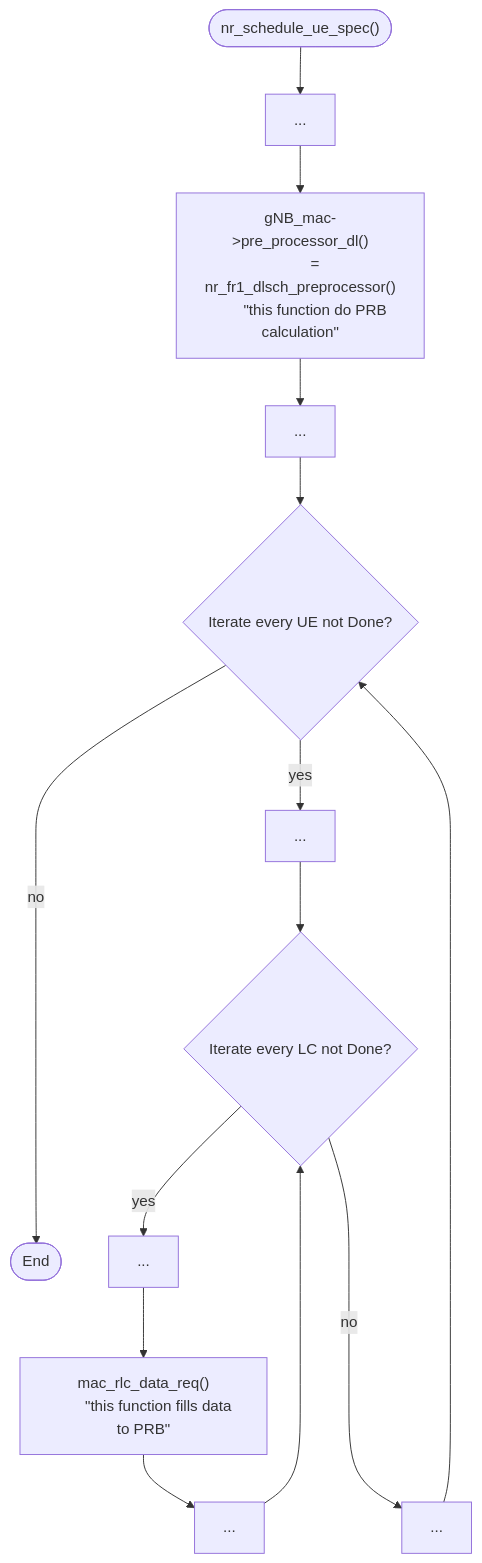
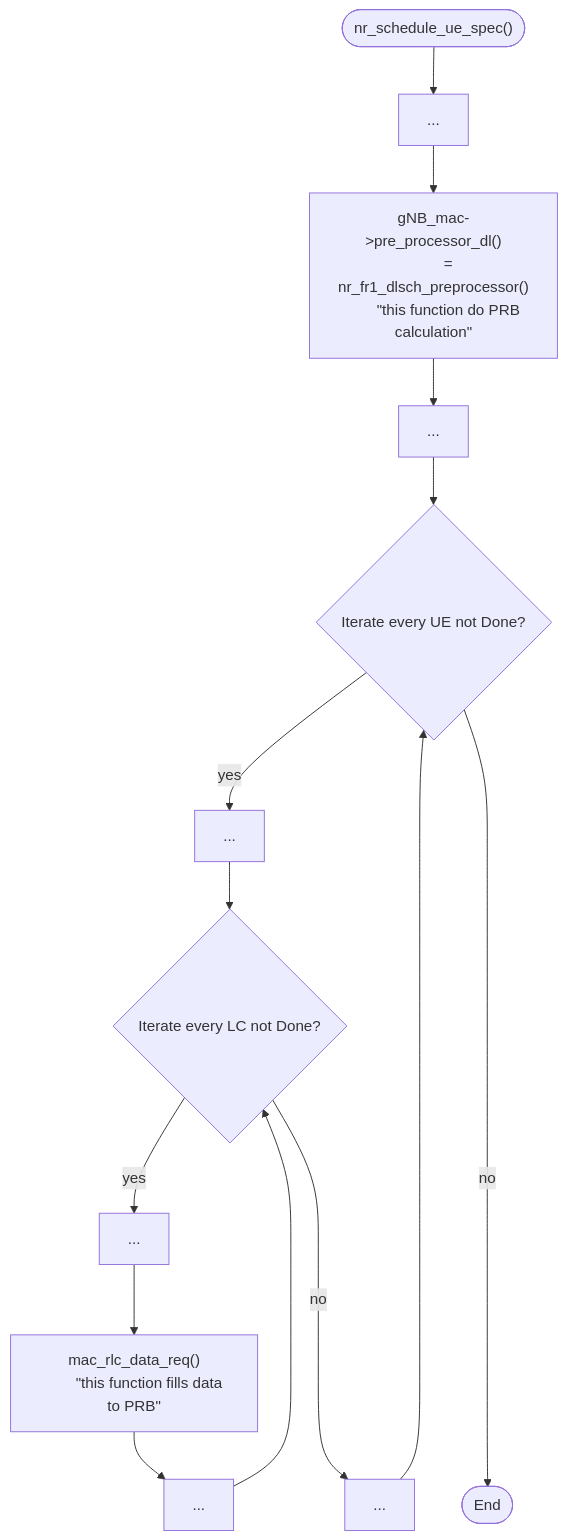
The second of 2 diagrams in studyNotes/20241108 Study Note (NEU ORANSlice MAC SCH details).md (bmw-ece-ntust/guideline-template), drawn with Mermaid before and after one commit.

Commit message:
update note

````diff
--- a/studyNotes/20241108 Study Note (NEU ORANSlice MAC SCH details).md
+++ b/studyNotes/20241108 Study Note (NEU ORANSlice MAC SCH details).md
@@ -83,27 +83,27 @@
 ```mermaid
 flowchart TD
 	A(["nr_schedule_ue_spec()"])
 	Z([End])
 	B[...]
 	C["gNB_mac->pre_processor_dl()
 	= nr_fr1_dlsch_preprocessor()
 	#quot;this function do PRB calculation#quot;"]
 	D[...]
 	E{"Iterate every UE not Done?"}
 	F[...]
 	G{"Iterate every LC not Done?"}
 	H[...]
 	I["mac_rlc_data_req()
 	#quot;this function fills data to PRB#quot;"]
 	J[...]
 	K[...]
 
 	A-->B-->C-->D-->E
 	E--> |yes| F
-	E ----> |no| Z
+	E ------> |no| Z
 	F-->G
 	G --> |yes| H
 	G ----> |no| K
 	H-->I-->J-->G
 	K-->E
 ```
````
